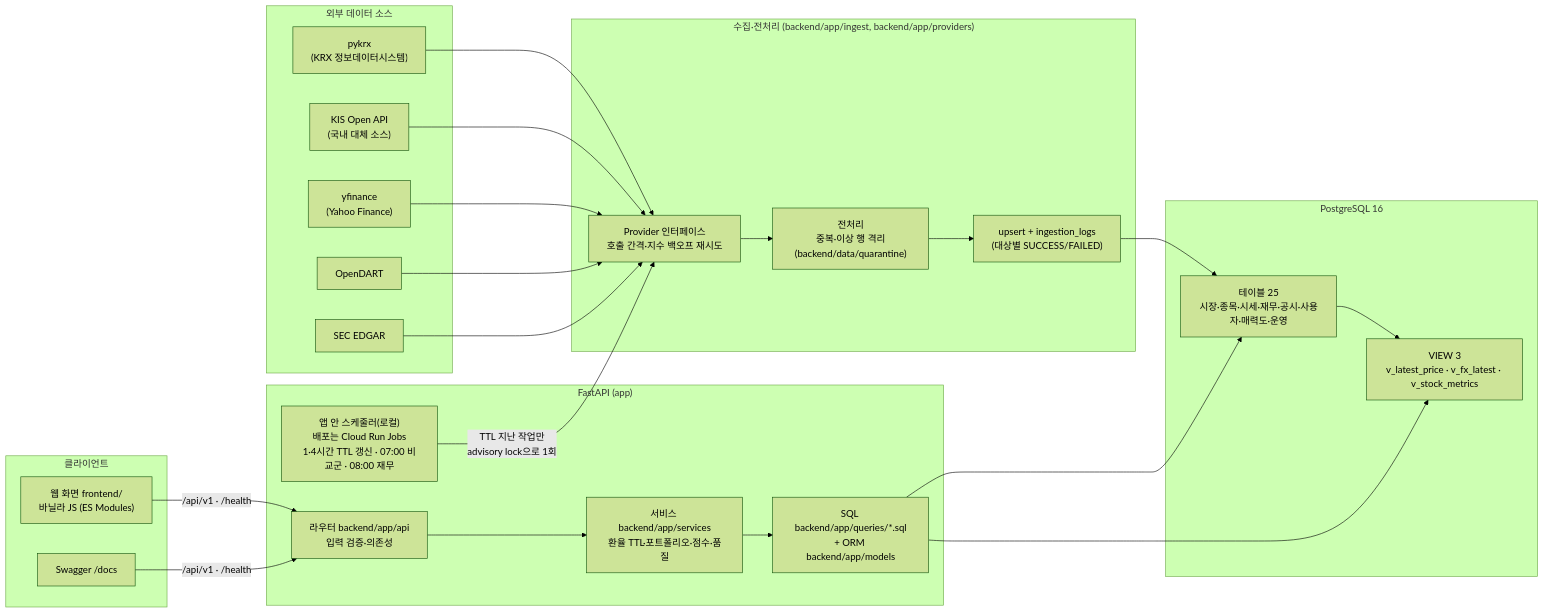
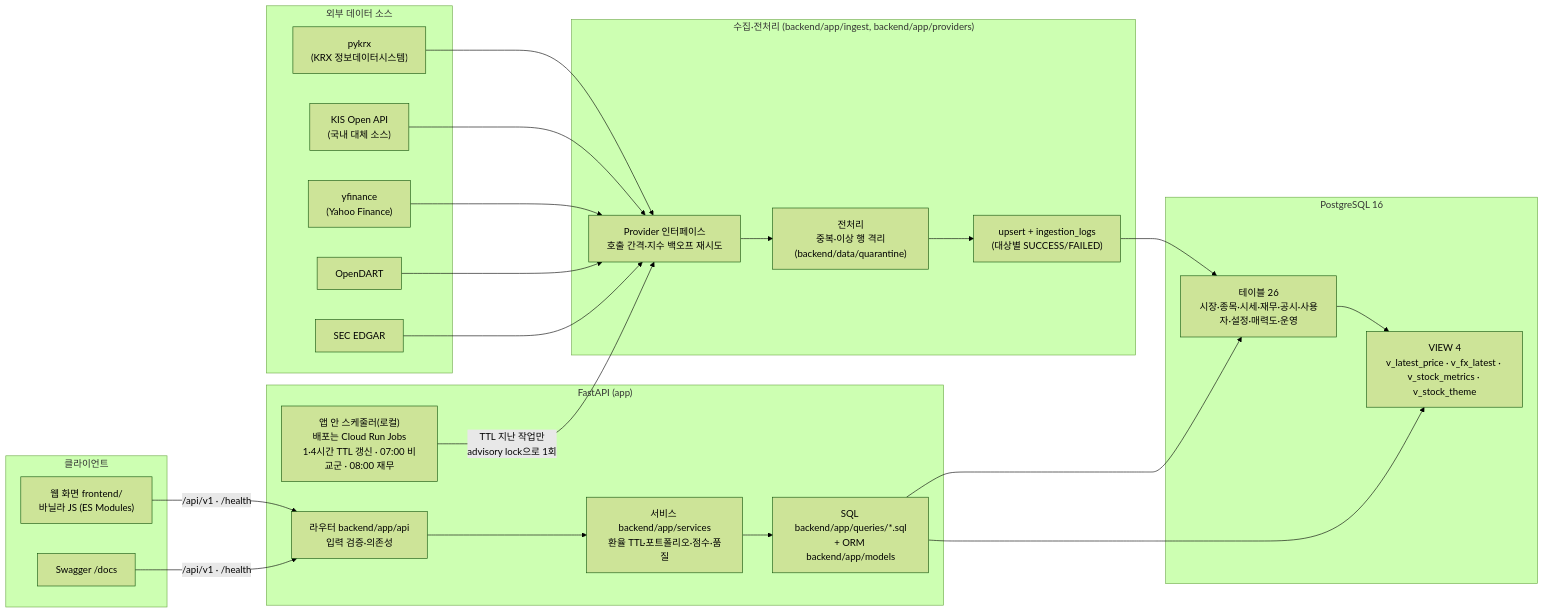
The first of 4 diagrams in 개발산출물/architecture.md (Hunseokc/ax_class_semiproject), drawn with Mermaid (forest theme) before and after one commit. The commit also changed other lines of this file and 14 other files, not shown here.

````diff
--- a/개발산출물/architecture.md
+++ b/개발산출물/architecture.md
@@ -16,39 +16,39 @@
 ```mermaid
 flowchart LR
   subgraph EXT["외부 데이터 소스"]
     KRX["pykrx<br/>(KRX 정보데이터시스템)"]
     KIS["KIS Open API<br/>(국내 대체 소스)"]
     YF["yfinance<br/>(Yahoo Finance)"]
     DART["OpenDART"]
     SEC["SEC EDGAR"]
   end
 
   subgraph ING["수집·전처리 (backend/app/ingest, backend/app/providers)"]
     PROV["Provider 인터페이스<br/>호출 간격·지수 백오프 재시도"]
     PRE["전처리<br/>중복·이상 행 격리(backend/data/quarantine)"]
     STORE["upsert + ingestion_logs<br/>(대상별 SUCCESS/FAILED)"]
   end
 
   subgraph DB["PostgreSQL 16"]
-    TBL["테이블 25<br/>시장·종목·시세·재무·공시·사용자·매력도·운영"]
-    VIEW["VIEW 3<br/>v_latest_price · v_fx_latest · v_stock_metrics"]
+    TBL["테이블 26<br/>시장·종목·시세·재무·공시·사용자·설정·매력도·운영"]
+    VIEW["VIEW 4<br/>v_latest_price · v_fx_latest · v_stock_metrics · v_stock_theme"]
   end
 
   subgraph API["FastAPI (app)"]
     R["라우터 backend/app/api<br/>입력 검증·의존성"]
     SVC["서비스 backend/app/services<br/>환율 TTL·포트폴리오·점수·품질"]
     Q["SQL backend/app/queries/*.sql<br/>+ ORM backend/app/models"]
     SCH["앱 안 스케줄러(로컬)<br/>배포는 Cloud Run Jobs<br/>1·4시간 TTL 갱신 · 07:00 비교군 · 08:00 재무"]
   end
 
   subgraph CLIENT["클라이언트"]
     WEB["웹 화면 frontend/<br/>바닐라 JS (ES Modules)"]
     SW["Swagger /docs"]
   end
 
   KRX & KIS & YF & DART & SEC --> PROV --> PRE --> STORE --> TBL
   TBL --> VIEW
   R --> SVC --> Q --> TBL & VIEW
   SCH -->|"TTL 지난 작업만<br/>advisory lock으로 1회"| PROV
   WEB & SW -->|"/api/v1 · /health"| R
 ```
````
